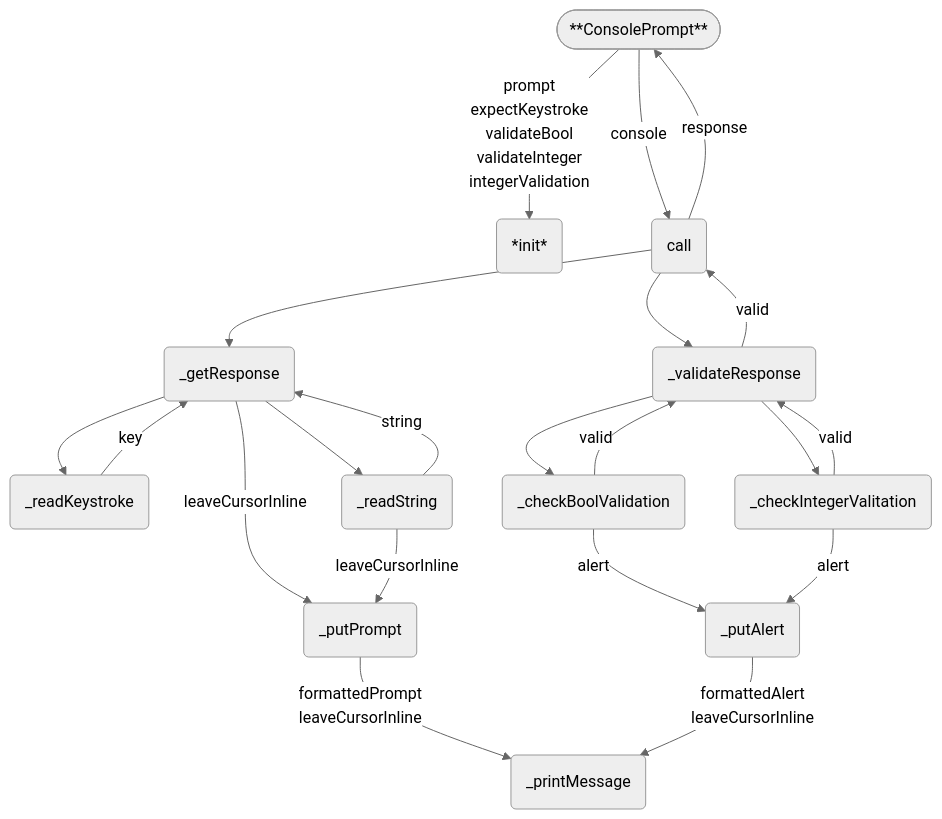
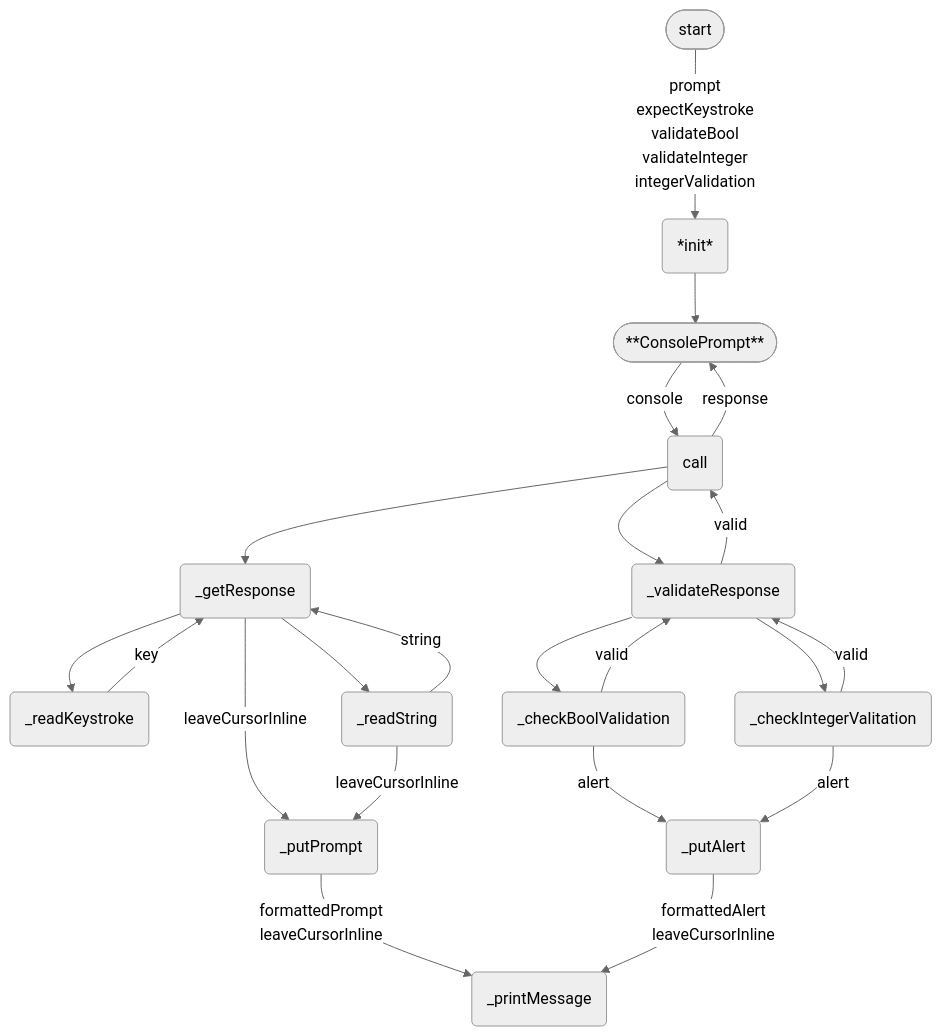
Before and after one commit to 7s4e/p3: the third of 13 diagrams in scripts/console/design.md, drawn with Mermaid (neutral theme).

Commit message:
move init

````diff
--- a/scripts/console/design.md
+++ b/scripts/console/design.md
@@ -51,41 +51,43 @@
 ```mermaid
 graph TB
-    MAIN([**ConsolePrompt**])
-        MAIN -- prompt
+    STRT([start])
+        STRT -- prompt
                 expectKeystroke
                 validateBool
                 validateInteger
                 integerValidation --> INIT
-        MAIN -- console           --> CALL
-        CALL -- response          --> MAIN
     INIT(*init*)
+        INIT --> MAIN
+    MAIN([**ConsolePrompt**])
+        MAIN -- console  --> CALL
+        CALL -- response --> MAIN
     CALL(call)
         CALL          --> GRSP
         CALL          --> VRSP
         VRSP -- valid --> CALL
     GRSP(_getResponse)
         GRSP                      --> RDKY
         RDKY -- key               --> GRSP
         GRSP                      --> RDST
         RDST -- string            --> GRSP
         GRSP -- leaveCursorInline --> PUTP
     RDKY(_readKeystroke)
     RDST(_readString)
         RDST -- leaveCursorInline --> PUTP
     VRSP(_validateResponse)
         VRSP          --> CBOL
         CBOL -- valid --> VRSP
         VRSP          --> CINT
         CINT -- valid --> VRSP
     CBOL(_checkBoolValidation)
         CBOL -- alert --> PUTA
     CINT(_checkIntegerValitation)
         CINT -- alert --> PUTA
     PUTP(_putPrompt)
         PUTP -- formattedPrompt
                 leaveCursorInline --> PRNT
     PUTA(_putAlert)
         PUTA -- formattedAlert
                 leaveCursorInline --> PRNT
     PRNT(_printMessage)
 ```
````
